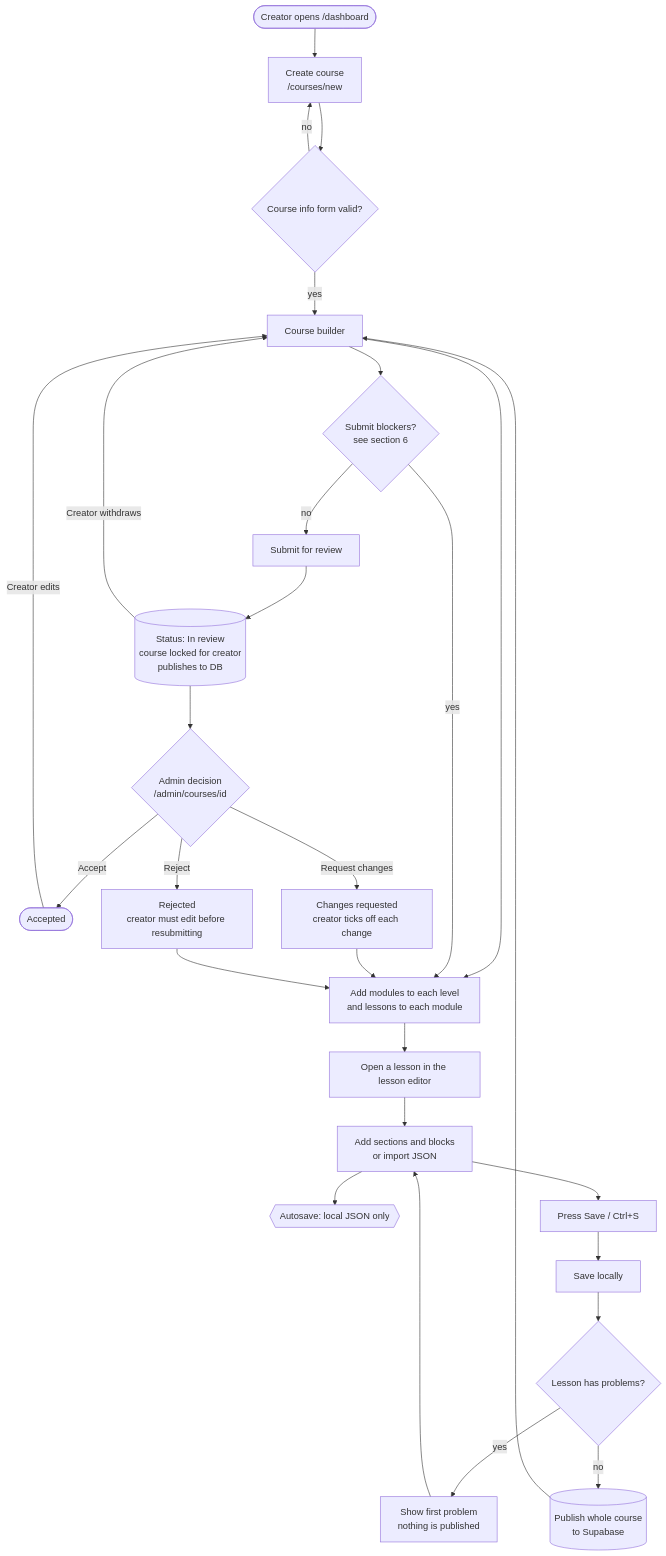
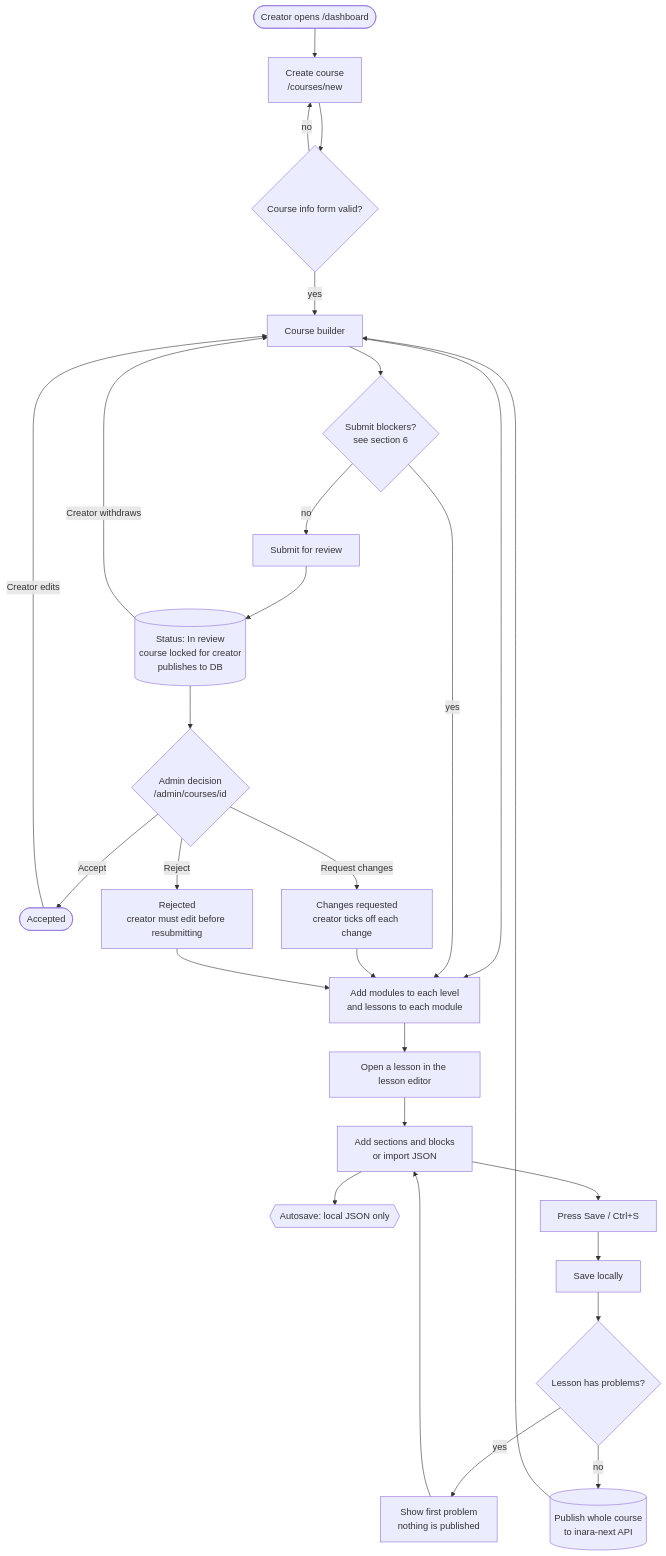
The first of 3 diagrams in docs/HANDOVER.md (HafsaJavedPak/inarax-course-editor), drawn with Mermaid before and after one commit. The commit also changed other lines of this file and 99 other files, not shown here.

````diff
--- a/docs/HANDOVER.md
+++ b/docs/HANDOVER.md
@@ -67,30 +69,30 @@
 ```mermaid
 flowchart TD
     A([Creator opens /dashboard]) --> B[Create course<br/>/courses/new]
     B --> C{Course info form valid?}
     C -- no --> B
     C -- yes --> D[Course builder]
     D --> E[Add modules to each level<br/>and lessons to each module]
     E --> F[Open a lesson in the lesson editor]
     F --> G[Add sections and blocks<br/>or import JSON]
     G --> H{{Autosave: local JSON only}}
     G --> I[Press Save / Ctrl+S]
     I --> J[Save locally]
     J --> K{Lesson has problems?}
     K -- yes --> L[Show first problem<br/>nothing is published]
     L --> G
-    K -- no --> M[(Publish whole course<br/>to Supabase)]
+    K -- no --> M[(Publish whole course<br/>to inara-next API)]
     M --> D
     D --> N{Submit blockers?<br/>see section 6}
     N -- yes --> E
     N -- no --> O[Submit for review]
     O --> P[(Status: In review<br/>course locked for creator<br/>publishes to DB)]
     P --> Q{Admin decision<br/>/admin/courses/id}
     Q -- Accept --> R([Accepted])
     Q -- Request changes --> S[Changes requested<br/>creator ticks off each change]
     Q -- Reject --> T[Rejected<br/>creator must edit before resubmitting]
     S --> E
     T --> E
     P -- Creator withdraws --> D
     R -- Creator edits --> D
 ```
````
